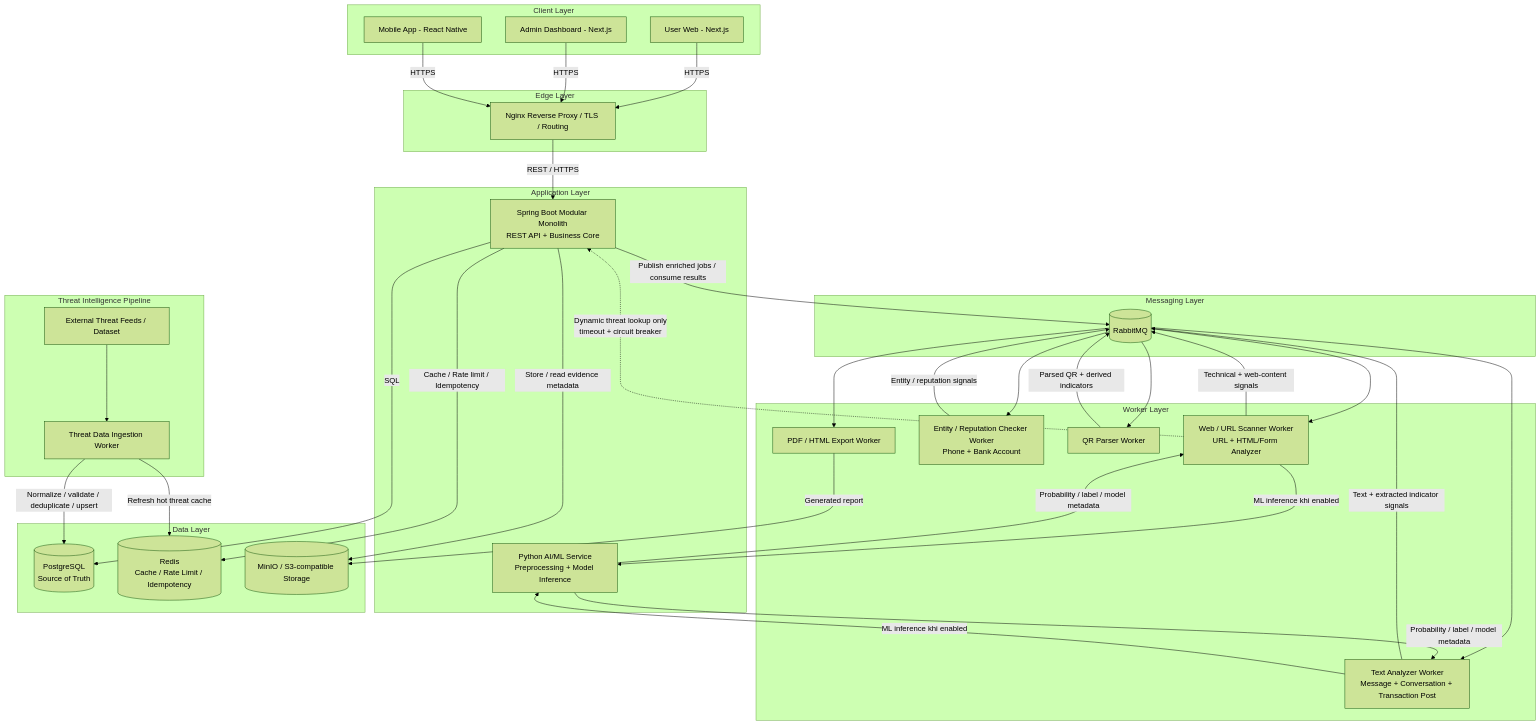
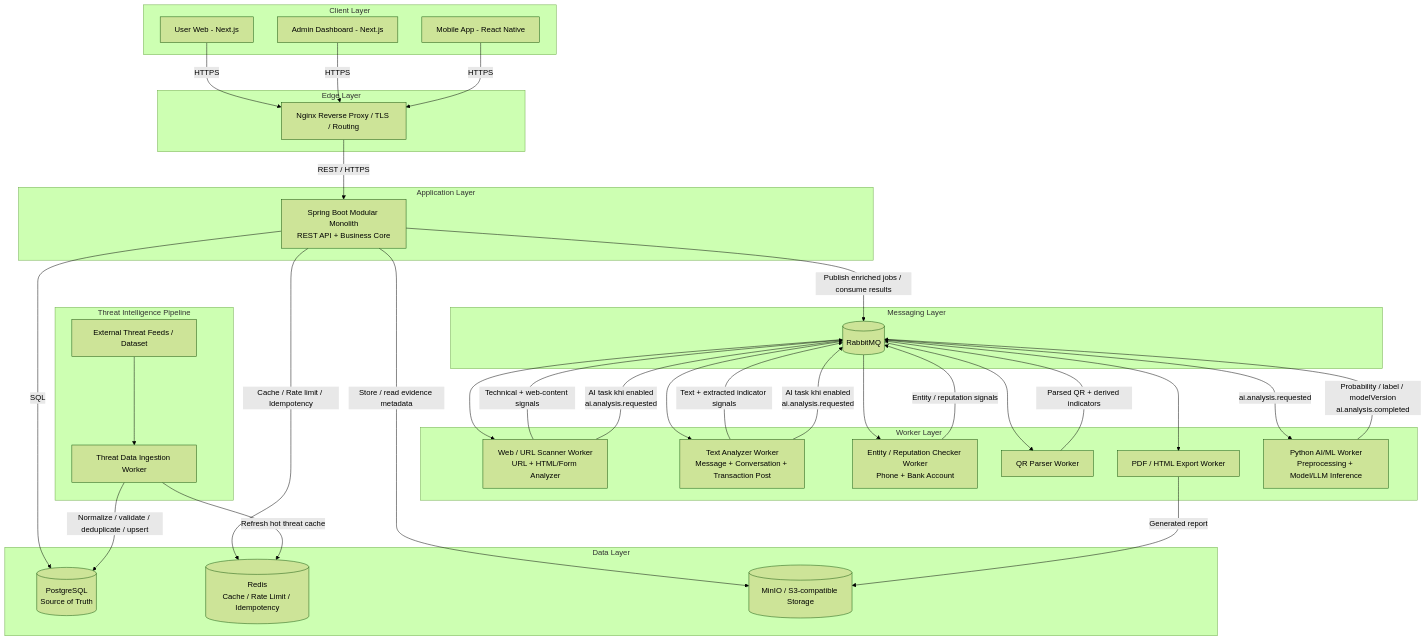
One commit to KLTN-2023-HCMSU/document changed the second of 11 diagrams in architectures/architecture_v3.1.md. Above: the diagram before and after it, drawn with Mermaid (forest theme). The commit also changed other lines of this file and 8 other files, not shown here.

````diff
--- a/architectures/architecture_v3.1.md
+++ b/architectures/architecture_v3.1.md
@@ -111,73 +131,71 @@
 ```mermaid
 flowchart TB
     subgraph ClientLayer[Client Layer]
         UserWeb[User Web - Next.js]
         AdminWeb[Admin Dashboard - Next.js]
         Mobile[Mobile App - React Native]
     end
 
     subgraph EdgeLayer[Edge Layer]
         Nginx[Nginx Reverse Proxy / TLS / Routing]
     end
 
     subgraph ApplicationLayer[Application Layer]
         Backend[Spring Boot Modular Monolith\nREST API + Business Core]
-        AI[Python AI/ML Service\nPreprocessing + Model Inference]
     end
 
     subgraph MessagingLayer[Messaging Layer]
         MQ[(RabbitMQ)]
     end
 
     subgraph WorkerLayer[Worker Layer]
         WebWorker[Web / URL Scanner Worker\nURL + HTML/Form Analyzer]
         TextWorker[Text Analyzer Worker\nMessage + Conversation + Transaction Post]
         EntityWorker[Entity / Reputation Checker Worker\nPhone + Bank Account]
         QrWorker[QR Parser Worker]
         ExportWorker[PDF / HTML Export Worker]
+        AIWorker[Python AI/ML Worker\nPreprocessing + Model/LLM Inference]
     end
 
     subgraph ThreatPipeline[Threat Intelligence Pipeline]
         ThreatFeeds[External Threat Feeds / Dataset]
         IngestionWorker[Threat Data Ingestion Worker]
     end
 
     subgraph DataLayer[Data Layer]
         PG[(PostgreSQL\nSource of Truth)]
         Redis[(Redis\nCache / Rate Limit / Idempotency)]
         Storage[(MinIO / S3-compatible Storage)]
     end
 
     UserWeb -->|HTTPS| Nginx
     AdminWeb -->|HTTPS| Nginx
     Mobile -->|HTTPS| Nginx
     Nginx -->|REST / HTTPS| Backend
 
     Backend -->|SQL| PG
     Backend -->|Cache / Rate limit / Idempotency| Redis
     Backend -->|Publish enriched jobs / consume results| MQ
     Backend -->|Store / read evidence metadata| Storage
 
     MQ --> WebWorker
     MQ --> TextWorker
     MQ --> EntityWorker
     MQ --> QrWorker
     MQ --> ExportWorker
+    MQ -->|ai.analysis.requested| AIWorker
 
     WebWorker -->|Technical + web-content signals| MQ
     TextWorker -->|Text + extracted indicator signals| MQ
     EntityWorker -->|Entity / reputation signals| MQ
     QrWorker -->|Parsed QR + derived indicators| MQ
     ExportWorker -->|Generated report| Storage
 
-    WebWorker -->|ML inference khi enabled| AI
-    TextWorker -->|ML inference khi enabled| AI
-    AI -->|Probability / label / model metadata| WebWorker
-    AI -->|Probability / label / model metadata| TextWorker
-
-    WebWorker -.->|Dynamic threat lookup only<br/>timeout + circuit breaker| Backend
+    WebWorker -->|AI task khi enabled<br/>ai.analysis.requested| MQ
+    TextWorker -->|AI task khi enabled<br/>ai.analysis.requested| MQ
+    AIWorker -->|Probability / label / modelVersion<br/>ai.analysis.completed| MQ
 
     ThreatFeeds --> IngestionWorker
     IngestionWorker -->|Normalize / validate / deduplicate / upsert| PG
     IngestionWorker -->|Refresh hot threat cache| Redis
 ```
````
